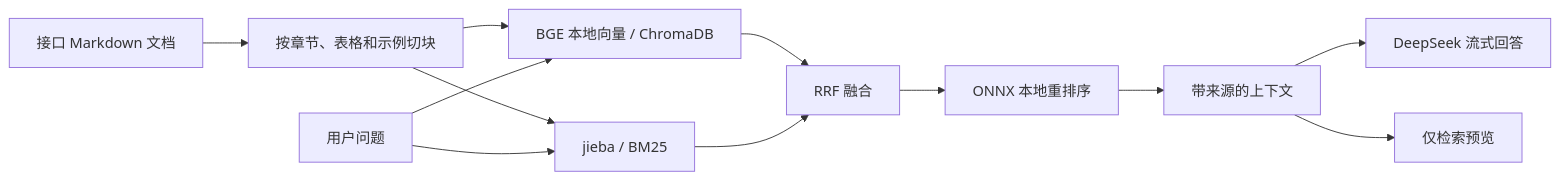
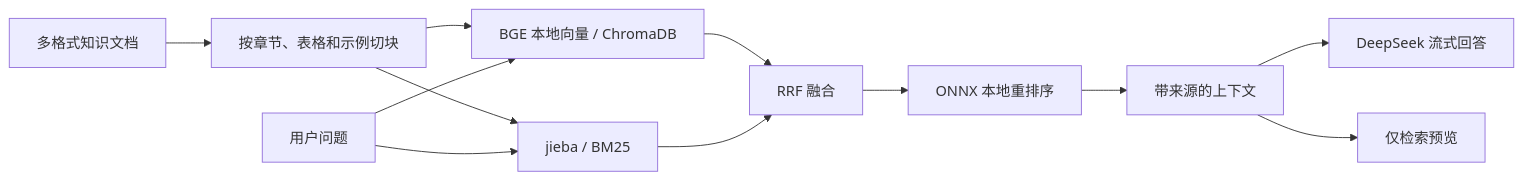
The diagram in README.md (Brcors/lingxing-rag), drawn with Mermaid before and after one commit. The commit also changed other lines of this file and 8 other files, not shown here.

````diff
--- a/README.md
+++ b/README.md
@@ -25,14 +25,14 @@
 ```mermaid
 flowchart LR
-    A[接口 Markdown 文档] --> B[按章节、表格和示例切块]
+    A[多格式知识文档] --> B[按章节、表格和示例切块]
     B --> C[BGE 本地向量 / ChromaDB]
     B --> D[jieba / BM25]
     Q[用户问题] --> C
     Q --> D
     C --> E[RRF 融合]
     D --> E
     E --> F[ONNX 本地重排序]
     F --> G[带来源的上下文]
     G --> H[DeepSeek 流式回答]
     G --> I[仅检索预览]
 ```
````
